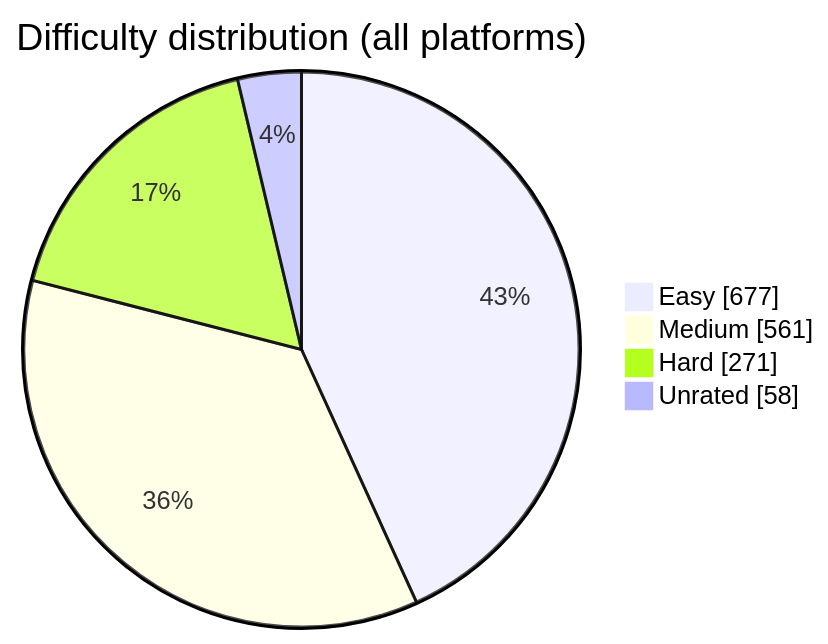
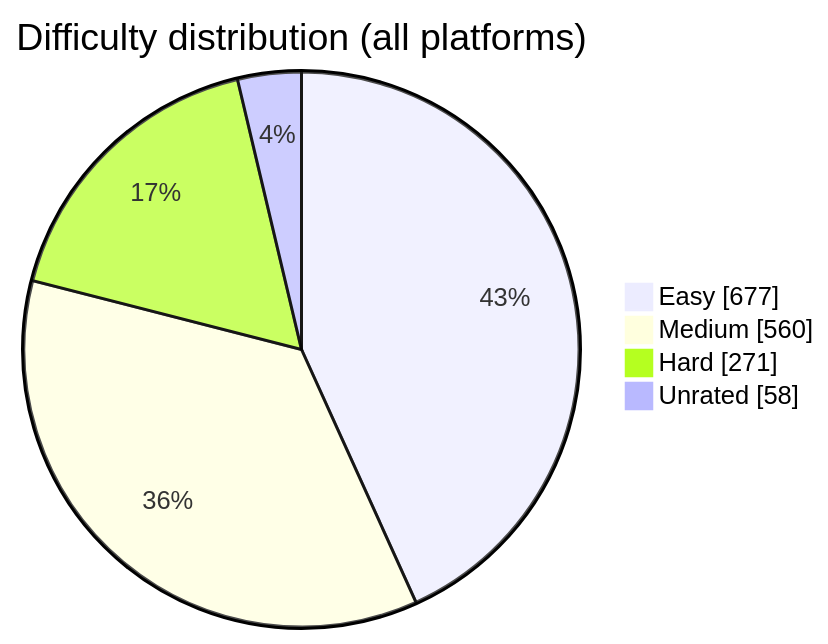
The diagram in README.md (BuildbyArindam/Daily-Coding-Log), drawn with Mermaid before and after one commit. The commit also changed other lines of this file, not shown here.

````diff
--- a/README.md
+++ b/README.md
@@ -93,7 +93,7 @@
 ```mermaid
 pie showData title Difficulty distribution (all platforms)
     "Easy" : 677
-    "Medium" : 561
+    "Medium" : 560
     "Hard" : 271
     "Unrated" : 58
 ```
````
